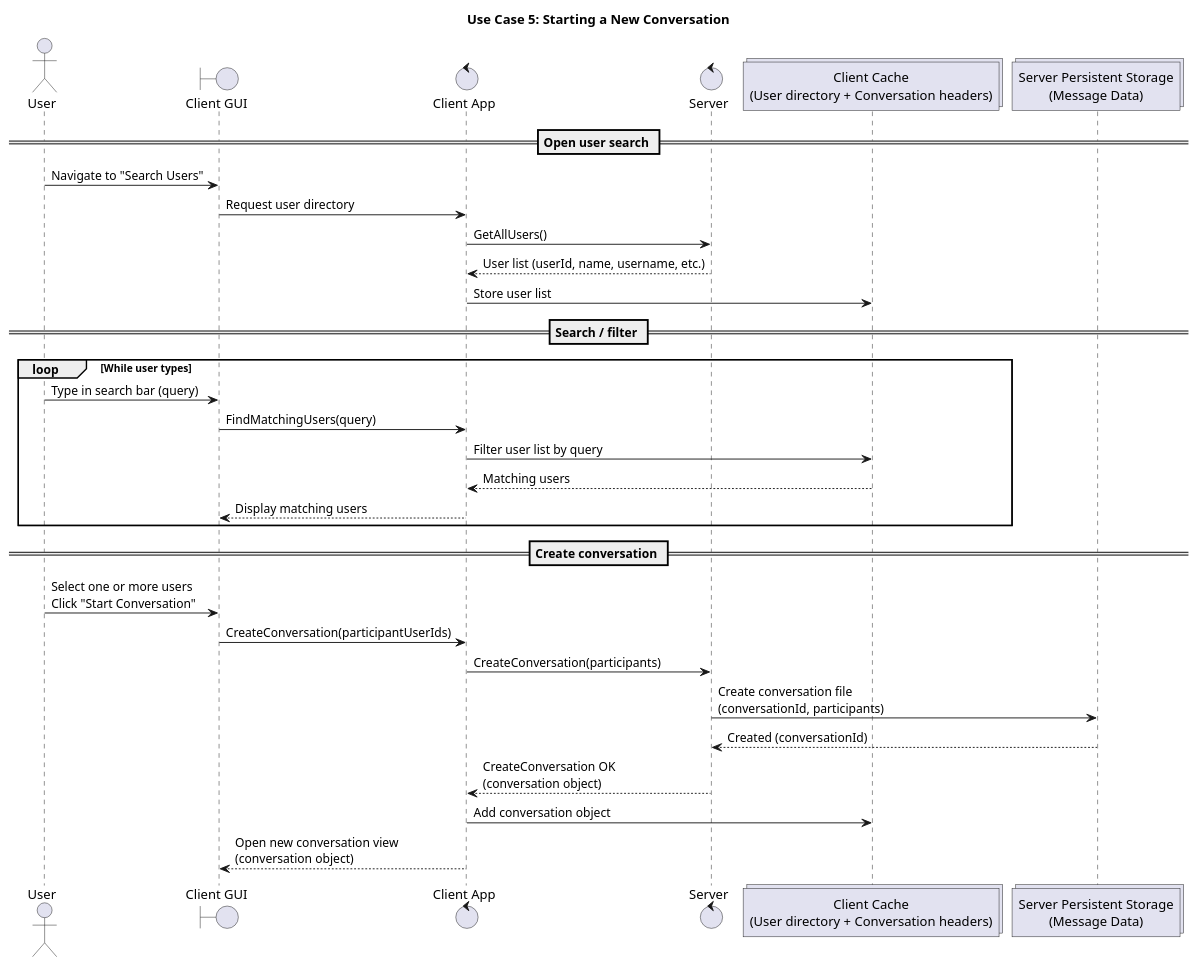
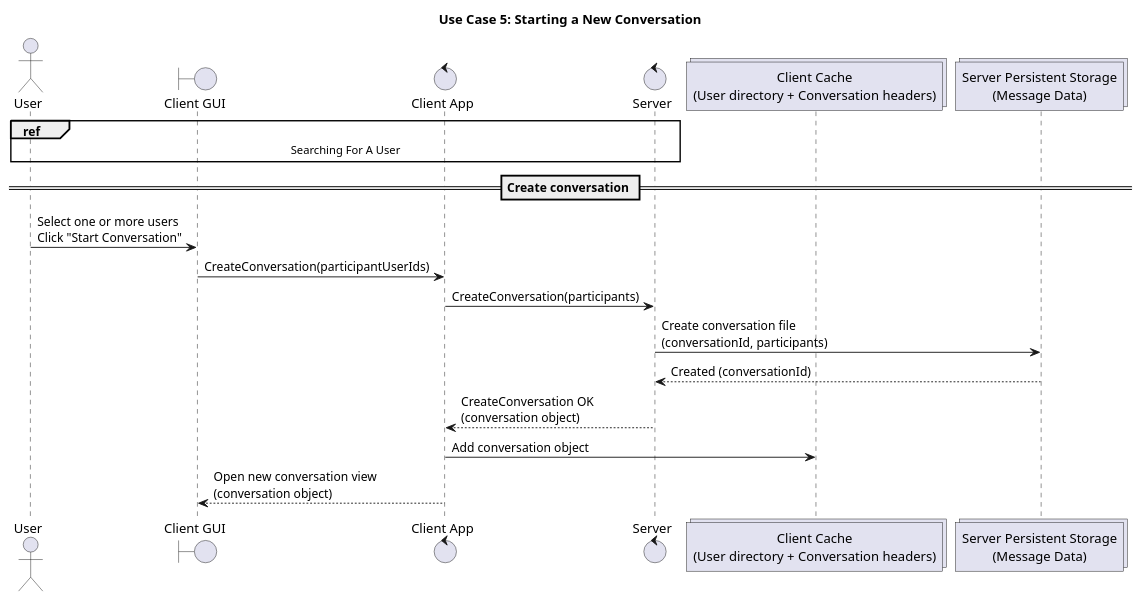
One commit to NubezVilla/CS_401_Group_1 changed the diagram in docs/diagrams/SequenceDiagrams/5-StartingANewConversation.puml. Above: the diagram before and after it, drawn with PlantUML.

```diff
--- a/docs/diagrams/SequenceDiagrams/5-StartingANewConversation.puml
+++ b/docs/diagrams/SequenceDiagrams/5-StartingANewConversation.puml
@@ -1,39 +1,24 @@
 @startuml
 title Use Case 5: Starting a New Conversation
 
 actor User
 boundary GUI as "Client GUI"
 control Client as "Client App"
 control Server as "Server"
 collections ClientCache as "Client Cache\n(User directory + Conversation headers)"
 collections Store as "Server Persistent Storage\n(Message Data)"
 
-== Open user search ==
-User -> GUI: Navigate to "Search Users"
-GUI -> Client: Request user directory
-
-Client -> Server: GetAllUsers()
-Server --> Client: User list (userId, name, username, etc.)
-Client -> ClientCache: Store user list
-
-== Search / filter ==
-loop While user types
-  User -> GUI: Type in search bar (query)
-  GUI -> Client: FindMatchingUsers(query)
-  Client -> ClientCache: Filter user list by query
-  ClientCache --> Client: Matching users
-  Client --> GUI: Display matching users
-end
+ref over User, GUI, Client, Server : Searching For A User
 
 == Create conversation ==
 User -> GUI: Select one or more users\nClick "Start Conversation"
 GUI -> Client: CreateConversation(participantUserIds)
 
 Client -> Server: CreateConversation(participants)
 Server -> Store: Create conversation file\n(conversationId, participants)
 Store --> Server: Created (conversationId)
 Server --> Client: CreateConversation OK\n(conversation object)
 
 Client -> ClientCache: Add conversation object
 Client --> GUI: Open new conversation view\n(conversation object)
 @enduml
```
